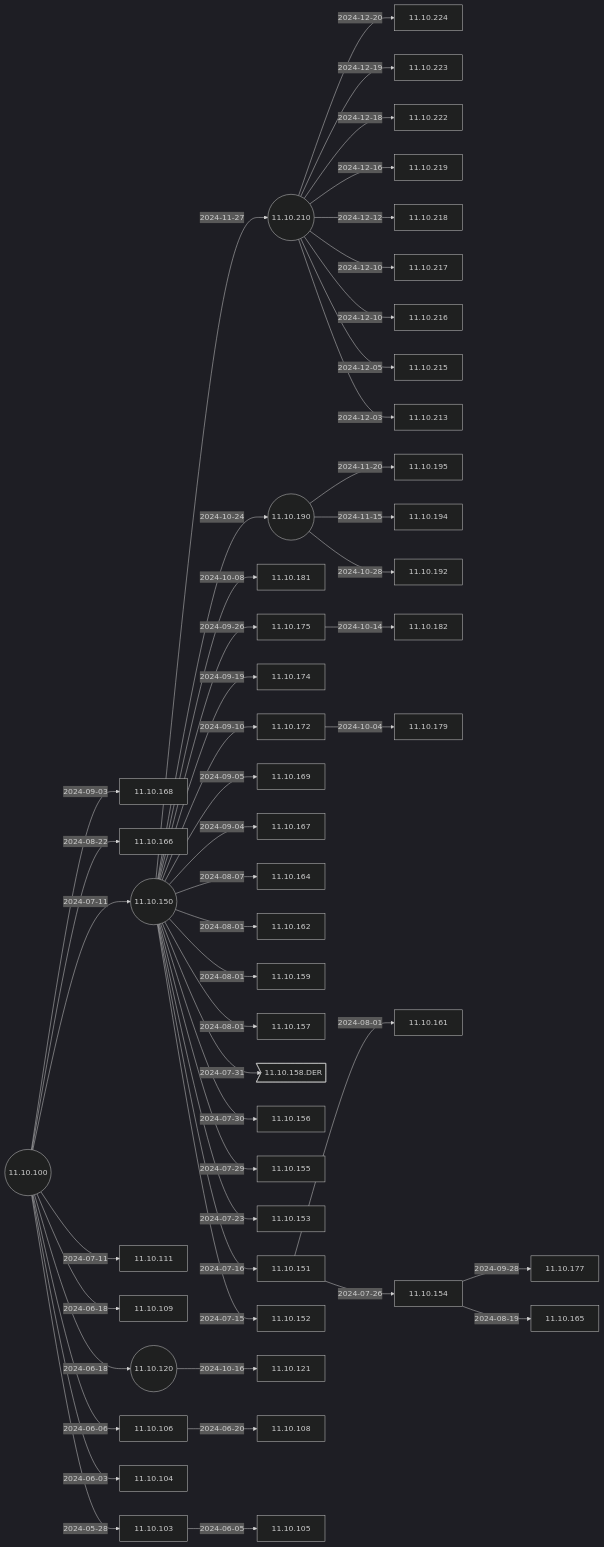
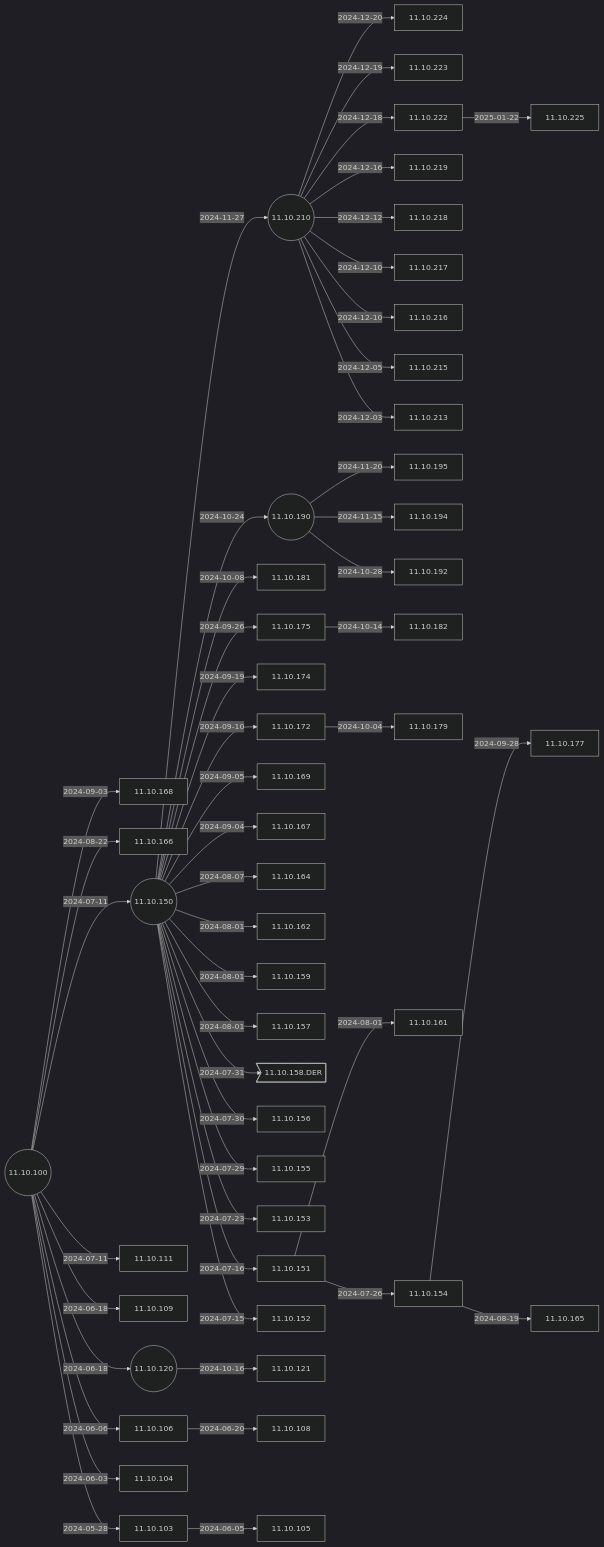
The second of 6 diagrams in docs/Docs/ReleaseNotes/01-OS11/README.md (IGEL-Community/IGEL-Docs-v02), drawn with Mermaid (dark theme) before and after one commit. The commit also changed 2 other files, not shown here.

Commit message:
11.10.225 < 11.10.222 11.10.225 < 11.10.222

````diff
--- a/docs/Docs/ReleaseNotes/01-OS11/README.md
+++ b/docs/Docs/ReleaseNotes/01-OS11/README.md
@@ -41,5 +41,6 @@
 ```mermaid
 flowchart LR
+    11.10.222-- 2025-01-22 -->11.10.225
     11.10.210-- 2024-12-20 -->11.10.224
     11.10.210-- 2024-12-19 -->11.10.223
     11.10.210-- 2024-12-18 -->11.10.222
@@ -89,6 +90,7 @@
     11.10.100-- 2024-06-03 -->11.10.104
     11.10.100-- 2024-05-28 -->11.10.103
     11.10.100((11.10.100))
+    click 11.10.225 "https://github.com/IGEL-Community/IGEL-Docs-v02/tree/main/docs/Docs/ReleaseNotes/01-OS11/readme11.10.225.txt" _blank
     click 11.10.224 "https://github.com/IGEL-Community/IGEL-Docs-v02/tree/main/docs/Docs/ReleaseNotes/01-OS11/readme11.10.224.txt" _blank
     click 11.10.223 "https://github.com/IGEL-Community/IGEL-Docs-v02/tree/main/docs/Docs/ReleaseNotes/01-OS11/readme11.10.223.txt" _blank
     click 11.10.222 "https://github.com/IGEL-Community/IGEL-Docs-v02/tree/main/docs/Docs/ReleaseNotes/01-OS11/readme11.10.222.txt" _blank
````
